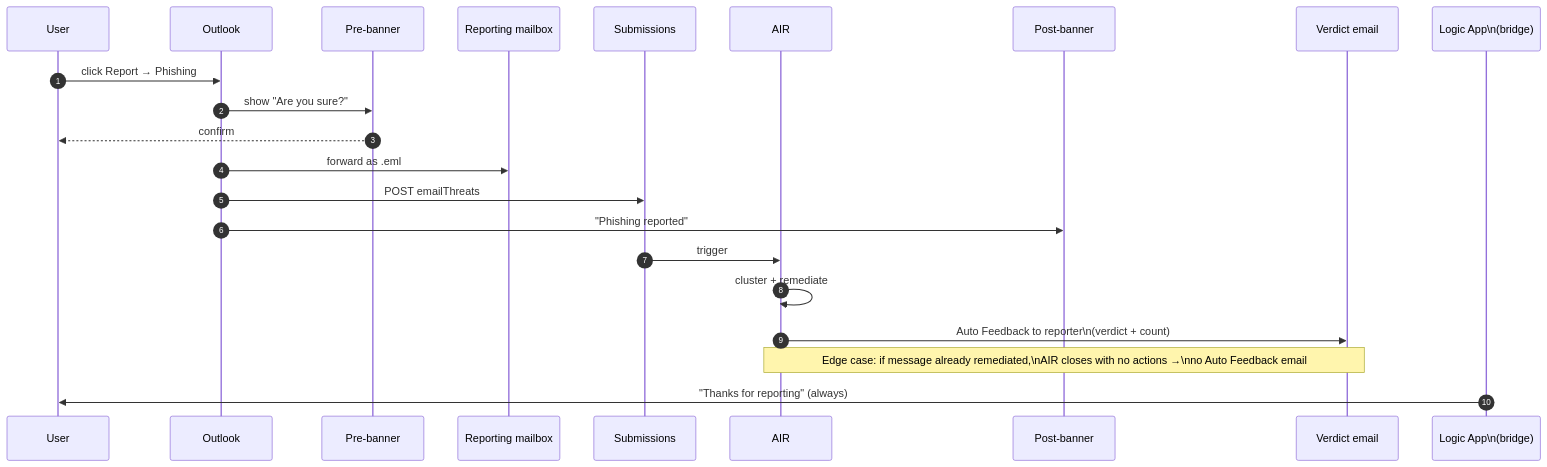
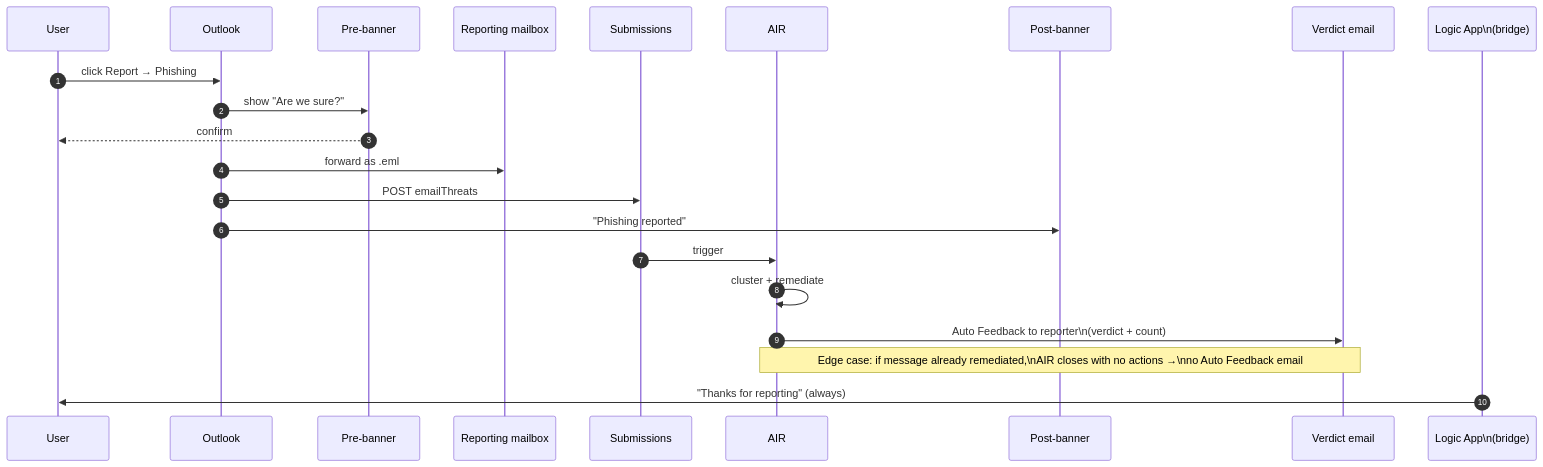
Before and after one commit to goodnessibeh/TRAP-MDO-Migration: the diagram in 08-abuse-mailbox-and-user-reporting.md, drawn with Mermaid. The commit also changed 14 other files, not shown here.

````diff
--- a/08-abuse-mailbox-and-user-reporting.md
+++ b/08-abuse-mailbox-and-user-reporting.md
@@ -221,25 +221,25 @@
 ```mermaid
 sequenceDiagram
     autonumber
     participant U as User
     participant O as Outlook
     participant Pre as Pre-banner
     participant Mb as Reporting mailbox
     participant Sub as Submissions
     participant AIR as AIR
     participant Post as Post-banner
     participant Em as Verdict email
     participant LA as Logic App\n(bridge)
 
     U->>O: click Report → Phishing
-    O->>Pre: show "Are you sure?"
+    O->>Pre: show "Are we sure?"
     Pre-->>U: confirm
     O->>Mb: forward as .eml
     O->>Sub: POST emailThreats
     O->>Post: "Phishing reported"
     Sub->>AIR: trigger
     AIR->>AIR: cluster + remediate
     AIR->>Em: Auto Feedback to reporter\n(verdict + count)
     Note over AIR,Em: Edge case: if message already remediated,\nAIR closes with no actions →\nno Auto Feedback email
     LA->>U: "Thanks for reporting" (always)
 ```
````
